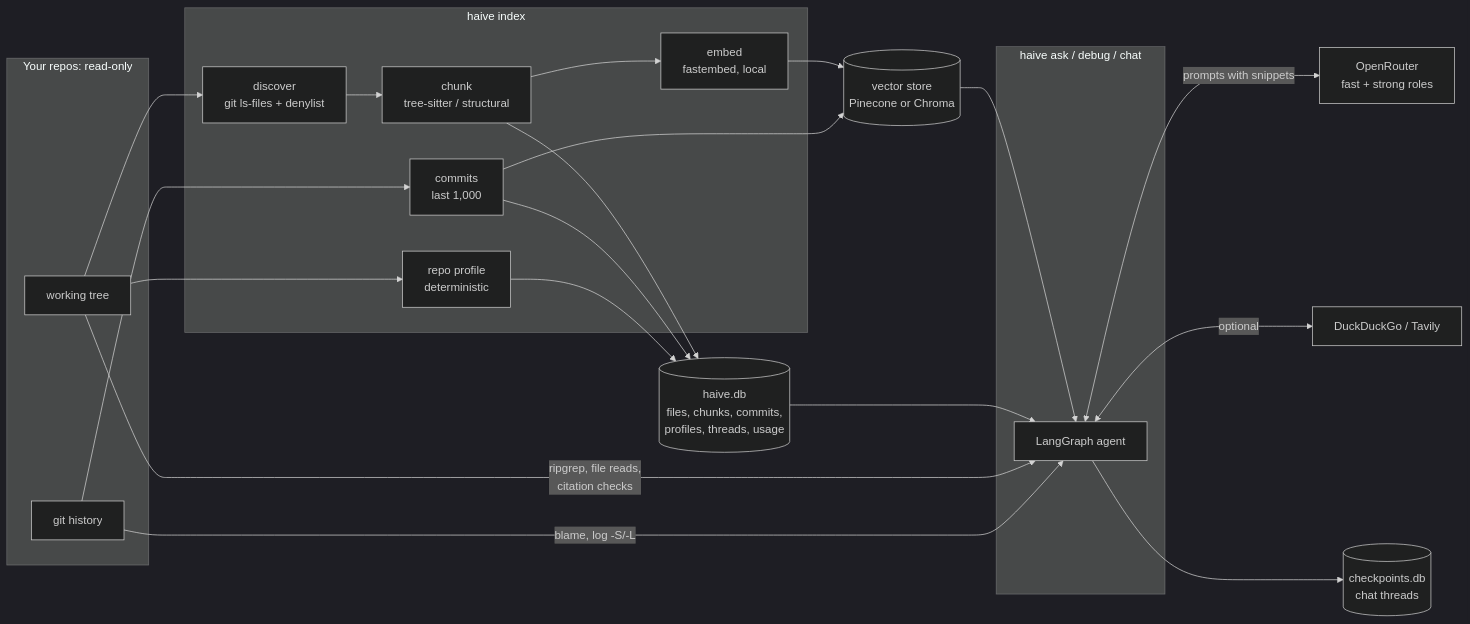
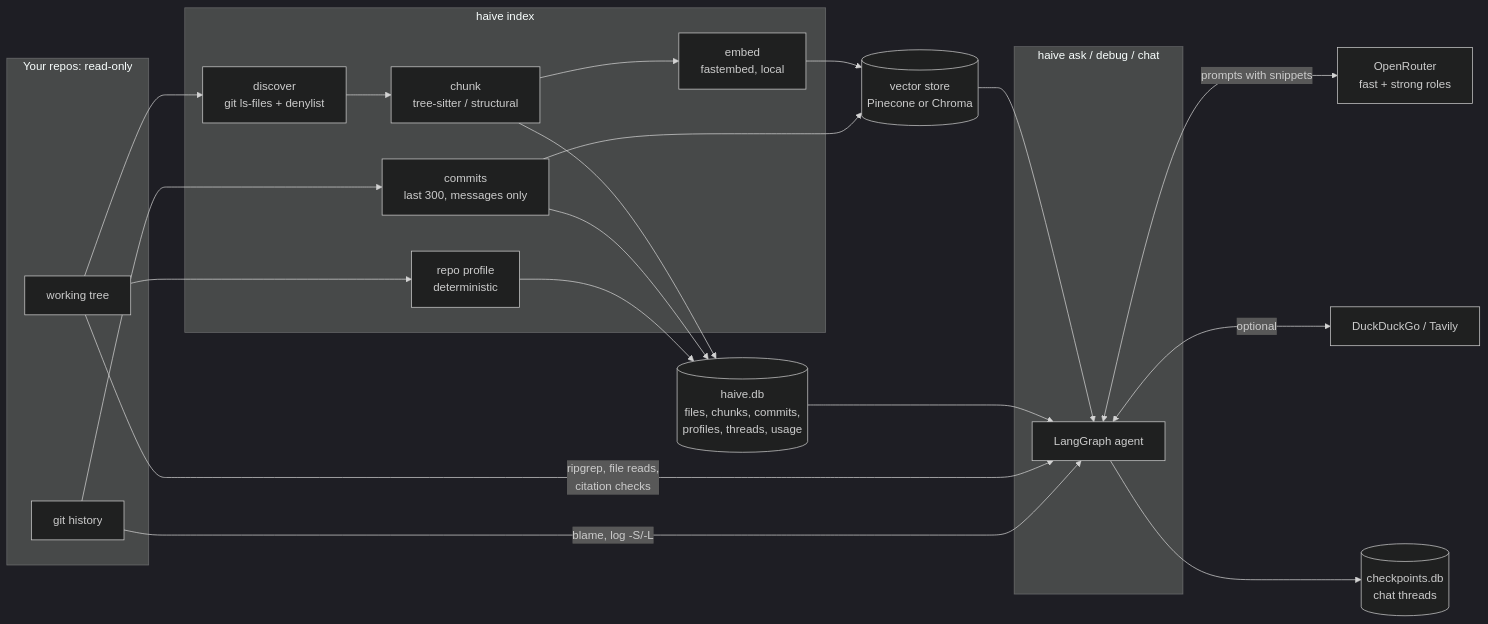
Before and after one commit to aman-todi/haive-mind: the first of 2 diagrams in docs/ARCHITECTURE.md, drawn with Mermaid (dark theme). The commit also changed other lines of this file and 38 other files, not shown here.

````diff
--- a/docs/ARCHITECTURE.md
+++ b/docs/ARCHITECTURE.md
@@ -5,29 +5,29 @@
 ```mermaid
 flowchart LR
   subgraph repos[Your repos: read-only]
     WT[working tree]
     GIT[git history]
   end
   subgraph index[haive index]
     D[discover<br/>git ls-files + denylist] --> C[chunk<br/>tree-sitter / structural]
     C --> E[embed<br/>fastembed, local]
-    GIT --> CM[commits<br/>last 1,000]
+    GIT --> CM[commits<br/>last 300, messages only]
     WT --> P[repo profile<br/>deterministic]
   end
   WT --> D
   E --> VS[(vector store<br/>Pinecone or Chroma)]
   CM --> VS
   C --> DB[(haive.db<br/>files, chunks, commits,<br/>profiles, threads, usage)]
   CM --> DB
   P --> DB
   subgraph ask[haive ask / debug / chat]
     G[LangGraph agent]
   end
   VS --> G
   DB --> G
   WT -->|ripgrep, file reads,<br/>citation checks| G
   GIT -->|blame, log -S/-L| G
   G <-->|prompts with snippets| LLM[OpenRouter<br/>fast + strong roles]
   G <-->|optional| WEB[DuckDuckGo / Tavily]
   G --> CK[(checkpoints.db<br/>chat threads)]
 ```
````
